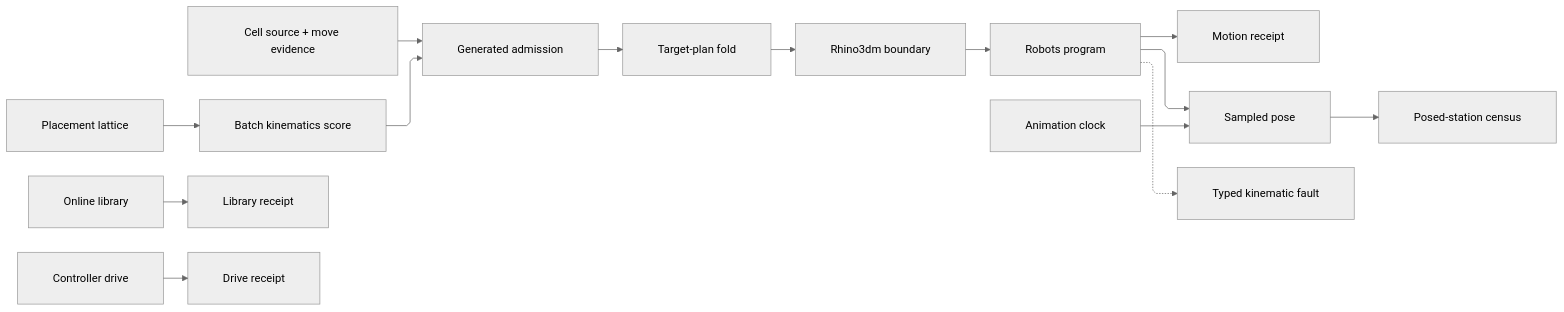
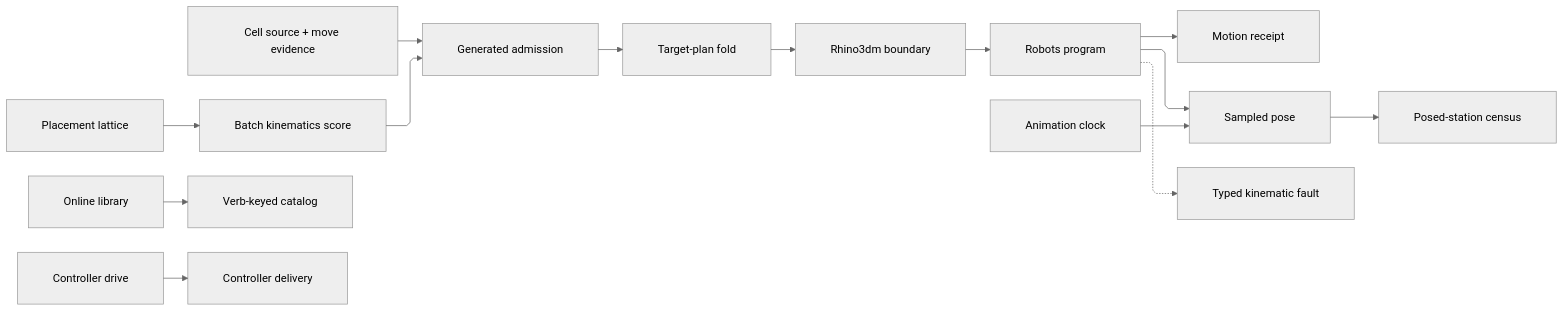
One commit to bsamiee/Rasm changed the diagram in libs/csharp/Rasm.Fabrication/.planning/Kinematics/cell.md. Above: the diagram before and after it, drawn with Mermaid (neutral theme). The commit also changed other lines of this file and 818 other files, not shown here.

````diff
--- a/libs/csharp/Rasm.Fabrication/.planning/Kinematics/cell.md
+++ b/libs/csharp/Rasm.Fabrication/.planning/Kinematics/cell.md
@@ -987,25 +1002,25 @@
 ```mermaid
 ---
 config:
   layout: elk
   flowchart:
     curve: linear
     padding: 25
 ---
 flowchart LR
     accTitle: Robot-cell lifecycle
     accDescr: Admitted cell identity and move evidence generate Cartesian or joint targets, cross the Rhino3dm boundary once, compile through the Robots program owner, fold provider diagnostics into typed faults, and project the frozen motion receipt or the sampled pose census while library and controller effects remain separate boundary modalities.
     Raw["Cell source + move evidence"] --> Admit["Generated admission"]
     Search["Placement lattice"] --> Batch["Batch kinematics score"]
     Batch --> Admit
     Admit --> Plan["Target-plan fold"]
     Plan --> Alias["Rhino3dm boundary"]
     Alias --> Program["Robots program"]
     Program --> Motion["Motion receipt"]
     Clock["Animation clock"] --> Sample["Sampled pose"]
     Program --> Sample
     Sample --> Census["Posed-station census"]
     Program -.-> Fault["Typed kinematic fault"]
-    Library["Online library"] --> Catalog["Library receipt"]
-    Drive["Controller drive"] --> DriveFact["Drive receipt"]
+    Library["Online library"] --> Catalog["Verb-keyed catalog"]
+    Drive["Controller drive"] --> DriveFact["Controller delivery"]
 ```
````
